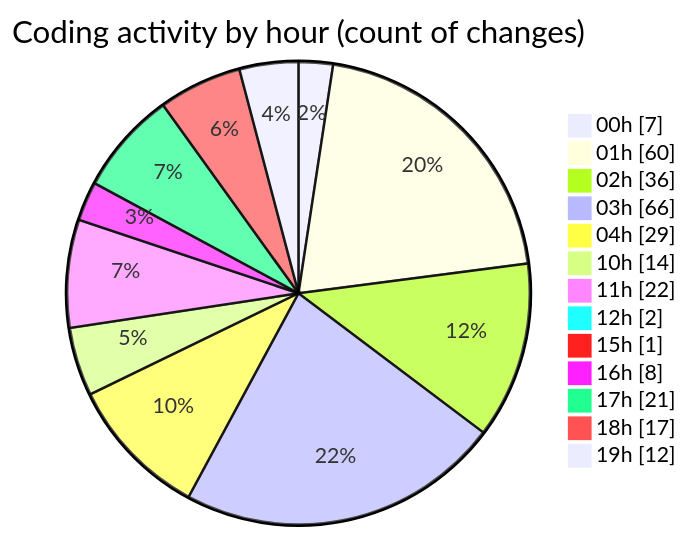
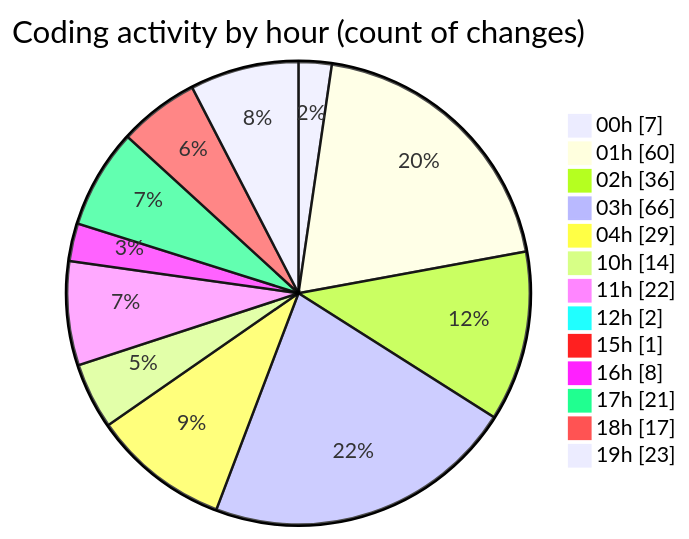
The second of 2 diagrams in 2025-10-07/eventscop-frontend-guide__workspace_/README.md (julien-gomy/code-tracking), drawn with Mermaid before and after one commit. The commit also changed other lines of this file and 1 other file, not shown here.

````diff
--- a/2025-10-07/eventscop-frontend-guide__workspace_/README.md
+++ b/2025-10-07/eventscop-frontend-guide__workspace_/README.md
@@ -111,17 +111,17 @@
 ```mermaid
 pie showData
 title Coding activity by hour (count of changes)
 "00h" : 7
 "01h" : 60
 "02h" : 36
 "03h" : 66
 "04h" : 29
 "10h" : 14
 "11h" : 22
 "12h" : 2
 "15h" : 1
 "16h" : 8
 "17h" : 21
 "18h" : 17
-"19h" : 12
+"19h" : 23
 ```
````
